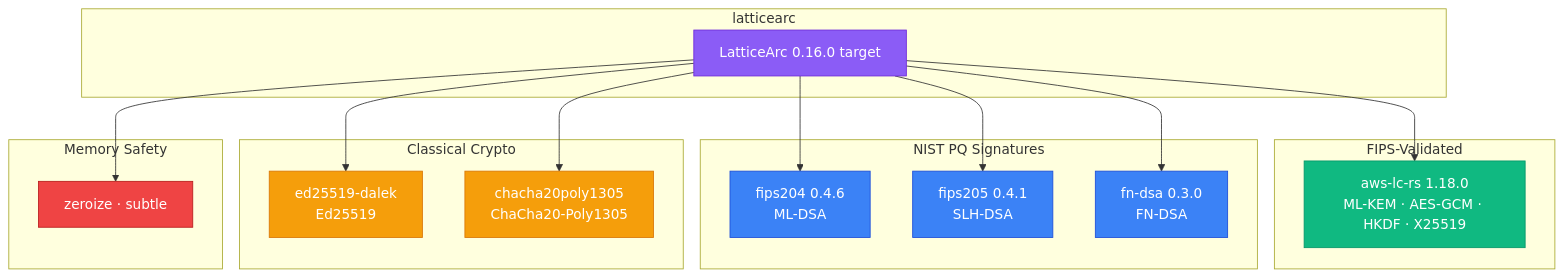
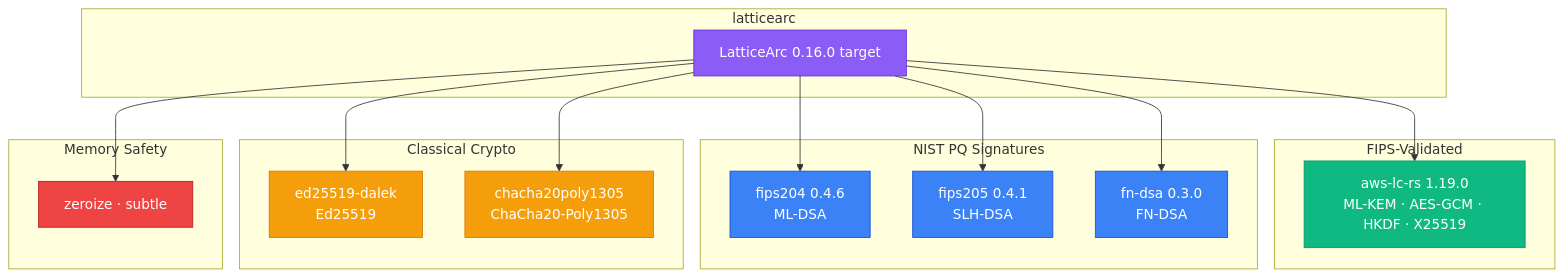
The diagram in docs/DEPENDENCY_JUSTIFICATION.md (LatticeArc/latticearc), drawn with Mermaid before and after one commit. The commit also changed other lines of this file and 6 other files, not shown here.

````diff
--- a/docs/DEPENDENCY_JUSTIFICATION.md
+++ b/docs/DEPENDENCY_JUSTIFICATION.md
@@ -12,45 +12,45 @@
 ```mermaid
 flowchart TB
     subgraph "latticearc"
         LA[LatticeArc 0.16.0 target]
     end
 
     subgraph "FIPS-Validated"
-        AWSLC["aws-lc-rs 1.18.0\nML-KEM · AES-GCM · HKDF · X25519"]
+        AWSLC["aws-lc-rs 1.19.0\nML-KEM · AES-GCM · HKDF · X25519"]
     end
 
     subgraph "NIST PQ Signatures"
         F204["fips204 0.4.6\nML-DSA"]
         F205["fips205 0.4.1\nSLH-DSA"]
         FNDSA["fn-dsa 0.3.0\nFN-DSA"]
     end
 
     subgraph "Classical Crypto"
         DALEK["ed25519-dalek\nEd25519"]
         CHA["chacha20poly1305\nChaCha20-Poly1305"]
     end
 
     subgraph "Memory Safety"
         ZERO["zeroize · subtle"]
     end
 
     LA --> AWSLC
     LA --> F204
     LA --> F205
     LA --> FNDSA
     LA --> DALEK
     LA --> CHA
     LA --> ZERO
 
     classDef main fill:#8b5cf6,stroke:#6d28d9,color:#fff
     classDef fips fill:#10b981,stroke:#059669,color:#fff
     classDef nist fill:#3b82f6,stroke:#1d4ed8,color:#fff
     classDef cl fill:#f59e0b,stroke:#d97706,color:#fff
     classDef safety fill:#ef4444,stroke:#b91c1c,color:#fff
 
     class LA main
     class AWSLC fips
     class F204,F205,FNDSA nist
     class DALEK,CHA cl
     class ZERO safety
 ```
````
